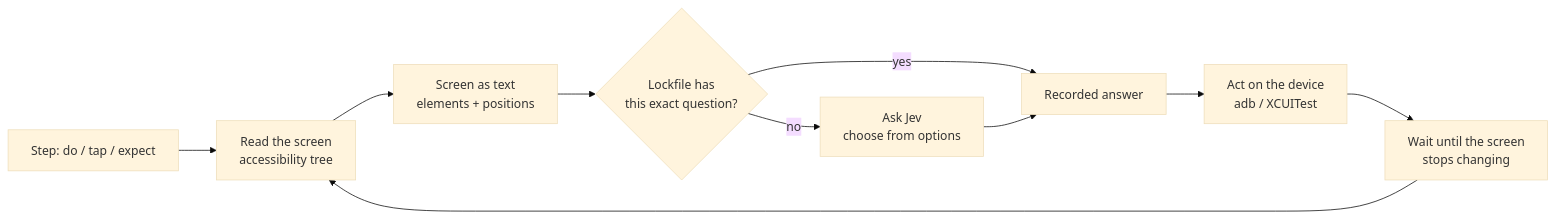
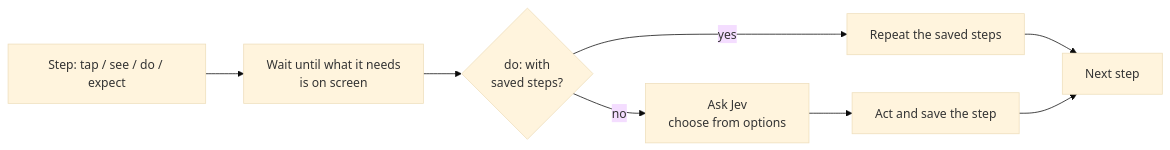
The diagram in docs/index.md (Just-Betr/jevtest), drawn with Mermaid (base theme) before and after one commit. The commit also changed other lines of this file and 45 other files, not shown here.

First line of the commit message:
Every wait is a wait until; do: goals are worked out once, then repeated

````diff
--- a/docs/index.md
+++ b/docs/index.md
@@ -78,11 +78,9 @@
 ```mermaid
 flowchart LR
-    A[Step: do / tap / expect] --> B[Read the screen<br/>accessibility tree]
-    B --> C[Screen as text<br/>elements + positions]
-    C --> D{Lockfile has<br/>this exact question?}
-    D -- yes --> F[Recorded answer]
-    D -- no --> E[Ask Jev<br/>choose from options] --> F
-    F --> G[Act on the device<br/>adb / XCUITest]
-    G --> H[Wait until the screen<br/>stops changing]
-    H --> B
+    A[Step: tap / see / do / expect] --> B[Wait until what it needs<br/>is on screen]
+    B --> C{do: with<br/>saved steps?}
+    C -- yes --> D[Repeat the saved steps]
+    C -- no --> E[Ask Jev<br/>choose from options] --> F[Act and save the step]
+    D --> G[Next step]
+    F --> G
 ```
````
